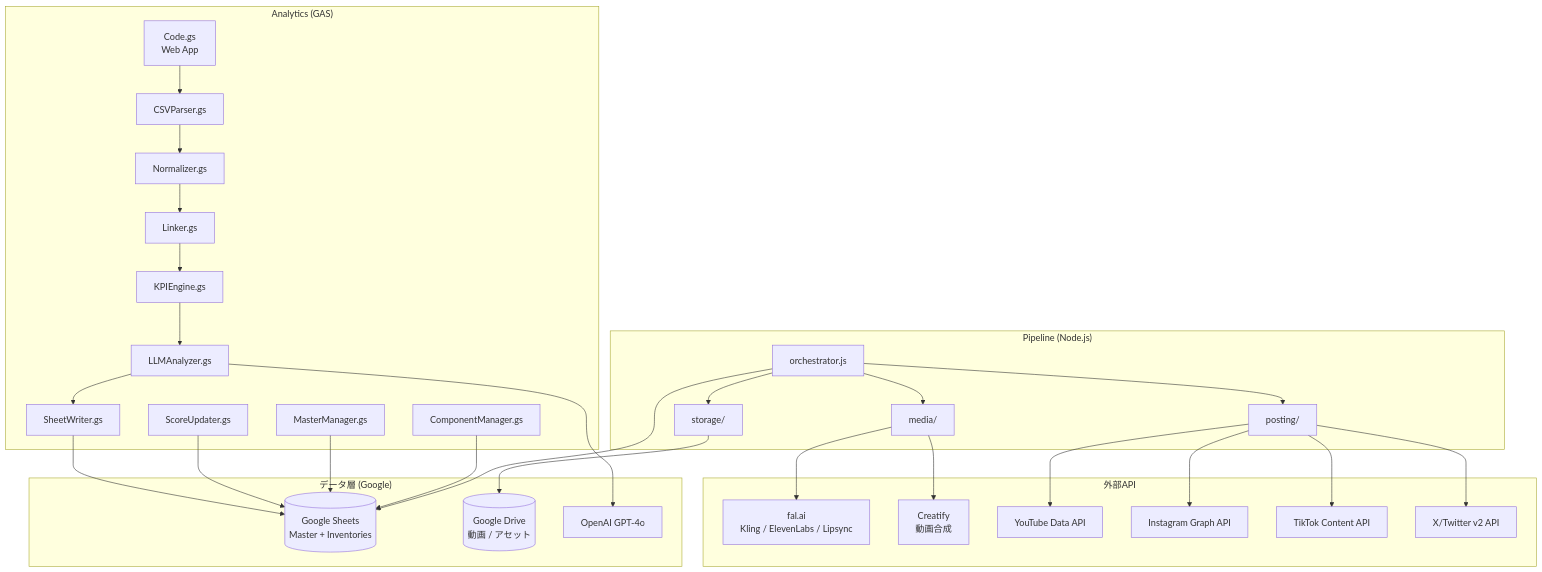
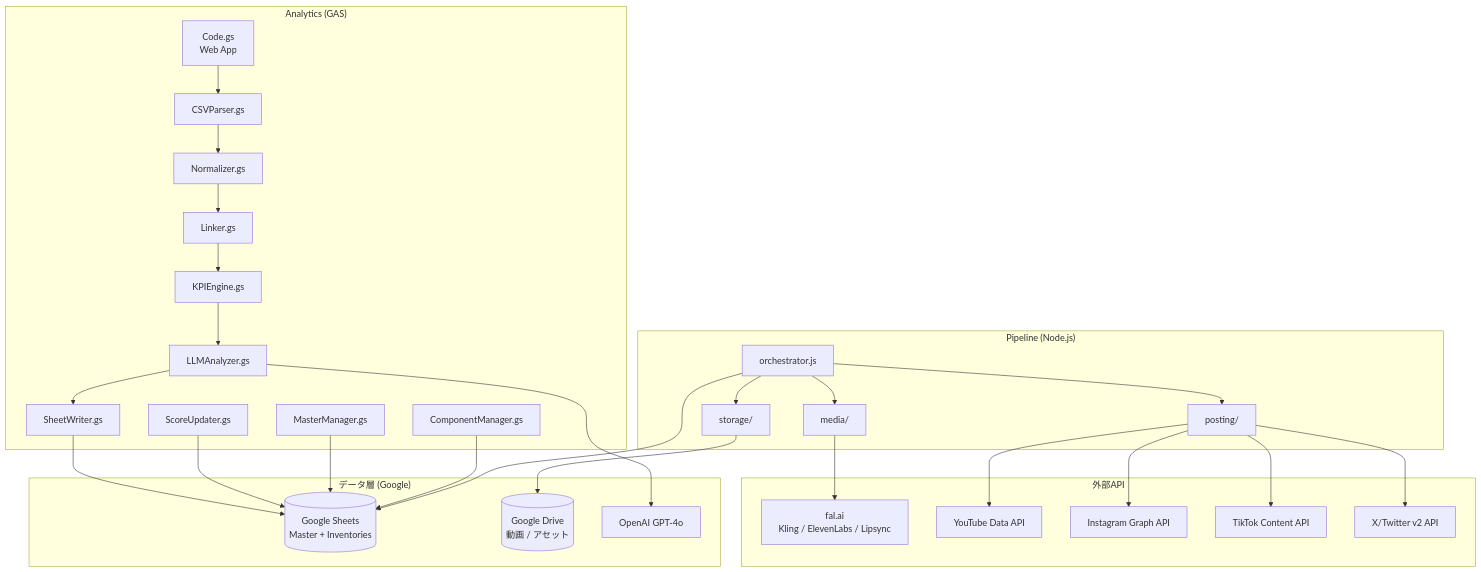
Before and after one commit to Ceed-dev/ai-influencer: the diagram in ARCHITECTURE.md, drawn with Mermaid. The commit also changed other lines of this file and 19 other files, not shown here.

First line of the commit message:
Phase 0: 3-section ffmpeg pipeline — Cloudinary/Creatify removal, full media rewrite

````diff
--- a/ARCHITECTURE.md
+++ b/ARCHITECTURE.md
@@ -10,57 +10,55 @@
 ```mermaid
 graph TB
     subgraph Pipeline["Pipeline (Node.js)"]
         ORC[orchestrator.js]
         MEDIA[media/]
         STORE[storage/]
         POST[posting/]
     end
 
     subgraph External["外部API"]
         FAL[fal.ai<br/>Kling / ElevenLabs / Lipsync]
-        CREATIFY[Creatify<br/>動画合成]
         YT_API[YouTube Data API]
         IG_API[Instagram Graph API]
         TT_API[TikTok Content API]
         X_API[X/Twitter v2 API]
     end
 
     subgraph Analytics["Analytics (GAS)"]
         CODE[Code.gs<br/>Web App]
         CSV[CSVParser.gs]
         NORM[Normalizer.gs]
         LINK[Linker.gs]
         KPI[KPIEngine.gs]
         LLM[LLMAnalyzer.gs]
         SW[SheetWriter.gs]
         CM[ComponentManager.gs]
         MM[MasterManager.gs]
         SU[ScoreUpdater.gs]
     end
 
     subgraph Data["データ層 (Google)"]
         SHEETS[(Google Sheets<br/>Master + Inventories)]
         DRIVE[(Google Drive<br/>動画 / アセット)]
         OPENAI[OpenAI GPT-4o]
     end
 
     ORC --> MEDIA
     ORC --> STORE
     ORC --> POST
     MEDIA --> FAL
-    MEDIA --> CREATIFY
     STORE --> DRIVE
     POST --> YT_API
     POST --> IG_API
     POST --> TT_API
     POST --> X_API
     ORC --> SHEETS
 
     CODE --> CSV --> NORM --> LINK
     LINK --> KPI --> LLM --> SW
     LLM --> OPENAI
     CM --> SHEETS
     MM --> SHEETS
     SU --> SHEETS
     SW --> SHEETS
 ```
````
